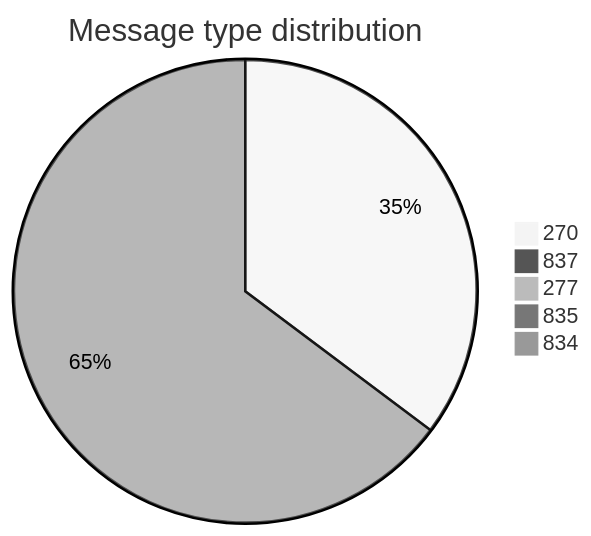
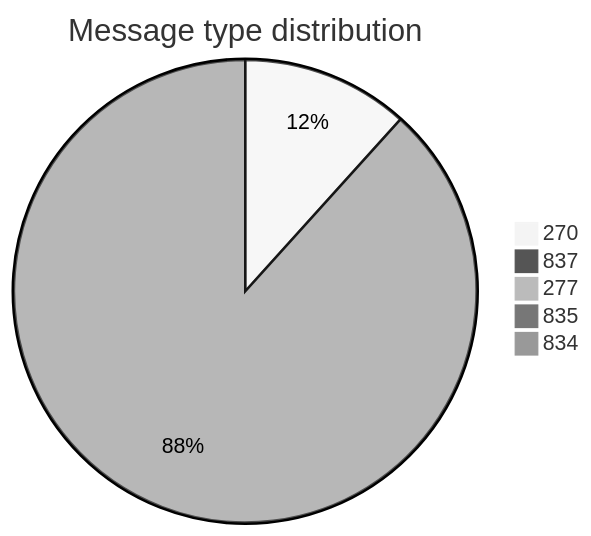
The second of 11 diagrams in test-tools/DataGen/src/Statistics_Visualizer.md (dhagan-va/intern-2025), drawn with Mermaid (neutral theme) before and after one commit. The commit also changed other lines of this file and 2 other files, not shown here.

````diff
--- a/test-tools/DataGen/src/Statistics_Visualizer.md
+++ b/test-tools/DataGen/src/Statistics_Visualizer.md
@@ -28,8 +28,8 @@
 ```mermaid
 pie title Message type distribution
-    "270" : 4472
+    "270" : 1088
     "837" : 0
     "277" : 0
     "835" : 0
     "834" : 8220
 ```
````
